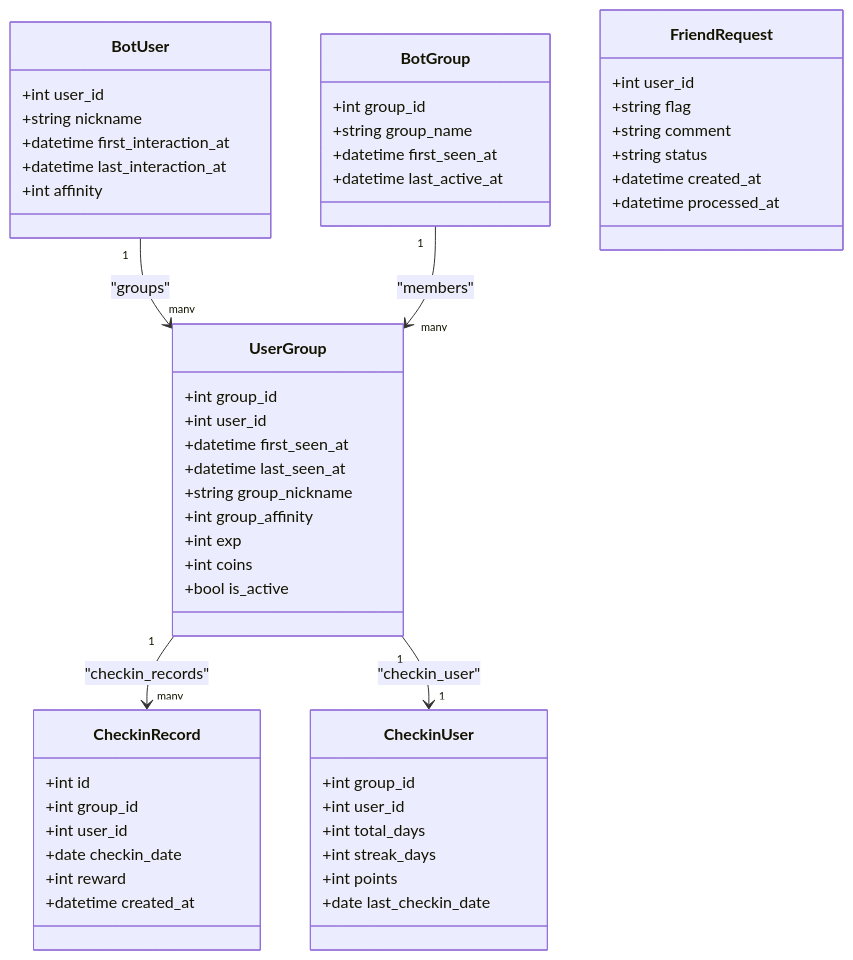
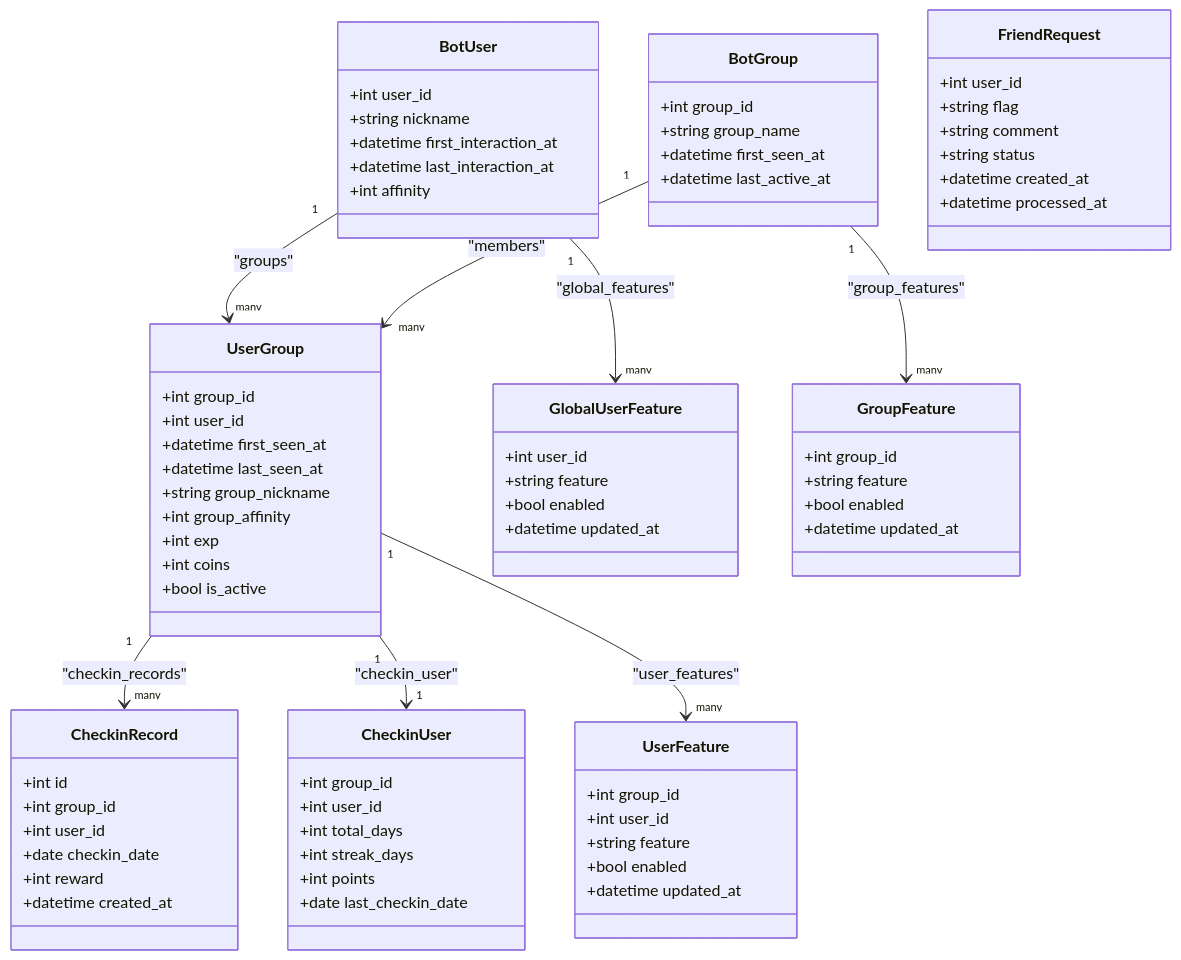
One commit to Wohaokunr/yawn_bot changed the third of 8 diagrams in .qoder/repowiki/zh/content/数据模型设计.md. Above: the diagram before and after it, drawn with Mermaid. The commit also changed other lines of this file and 10 other files, not shown here.

````diff
--- a/.qoder/repowiki/zh/content/数据模型设计.md
+++ b/.qoder/repowiki/zh/content/数据模型设计.md
@@ -256,55 +358,77 @@
 ```mermaid
 classDiagram
 class BotUser {
 +int user_id
 +string nickname
 +datetime first_interaction_at
 +datetime last_interaction_at
 +int affinity
 }
 class BotGroup {
 +int group_id
 +string group_name
 +datetime first_seen_at
 +datetime last_active_at
 }
 class UserGroup {
 +int group_id
 +int user_id
 +datetime first_seen_at
 +datetime last_seen_at
 +string group_nickname
 +int group_affinity
 +int exp
 +int coins
 +bool is_active
 }
 class CheckinRecord {
 +int id
 +int group_id
 +int user_id
 +date checkin_date
 +int reward
 +datetime created_at
 }
 class CheckinUser {
 +int group_id
 +int user_id
 +int total_days
 +int streak_days
 +int points
 +date last_checkin_date
 }
 class FriendRequest {
 +int user_id
 +string flag
 +string comment
 +string status
 +datetime created_at
 +datetime processed_at
 }
+class GlobalUserFeature {
++int user_id
++string feature
++bool enabled
++datetime updated_at
+}
+class GroupFeature {
++int group_id
++string feature
++bool enabled
++datetime updated_at
+}
+class UserFeature {
++int group_id
++int user_id
++string feature
++bool enabled
++datetime updated_at
+}
 BotUser "1" --> "many" UserGroup : "groups"
 BotGroup "1" --> "many" UserGroup : "members"
 UserGroup "1" --> "many" CheckinRecord : "checkin_records"
 UserGroup "1" --> "1" CheckinUser : "checkin_user"
+BotUser "1" --> "many" GlobalUserFeature : "global_features"
+BotGroup "1" --> "many" GroupFeature : "group_features"
+UserGroup "1" --> "many" UserFeature : "user_features"
 ```
````
